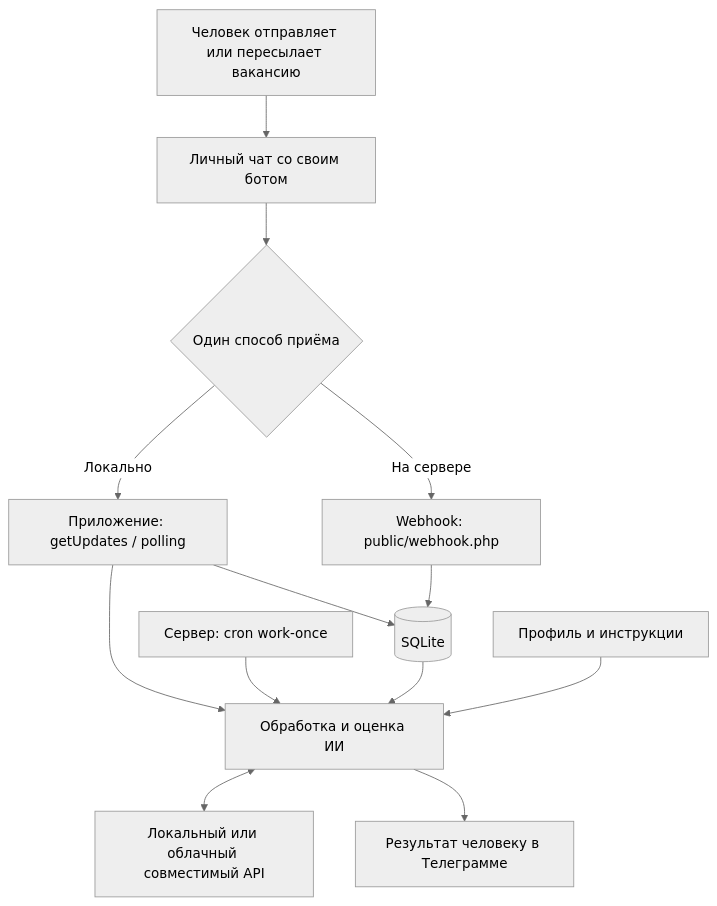
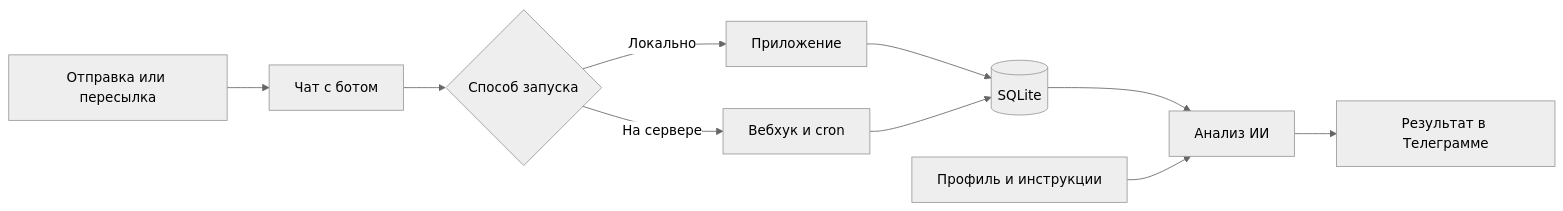
The diagram in README.md (yaleksandr89/telegram-vacancy-monitor), drawn with Mermaid (neutral theme) before and after one commit. The commit also changed other lines of this file and 19 other files, not shown here.

````diff
--- a/README.md
+++ b/README.md
@@ -22,15 +30,12 @@
 ```mermaid
-flowchart TD
-    U[Человек отправляет или пересылает вакансию] --> B[Личный чат со своим ботом]
-    B --> R{Один способ приёма}
-    R -->|Локально| L[Приложение: getUpdates / polling]
-    R -->|На сервере| W[Webhook: public/webhook.php]
-    L --> D[(SQLite)]
-    W --> D
-    L --> A[Обработка и оценка ИИ]
-    C[Сервер: cron work-once] --> A
-    D --> A
-    P[Профиль и инструкции] --> A
-    A <--> M[Локальный или облачный совместимый API]
-    A --> T[Результат человеку в Телеграмме]
+flowchart LR
+    A[Отправка или пересылка] --> B[Чат с ботом]
+    B --> C{Способ запуска}
+    C -->|Локально| D[Приложение]
+    C -->|На сервере| E[Вебхук и cron]
+    D --> F[(SQLite)]
+    E --> F
+    F --> G[Анализ ИИ]
+    P[Профиль и инструкции] --> G
+    G --> H[Результат в Телеграмме]
 ```
````
